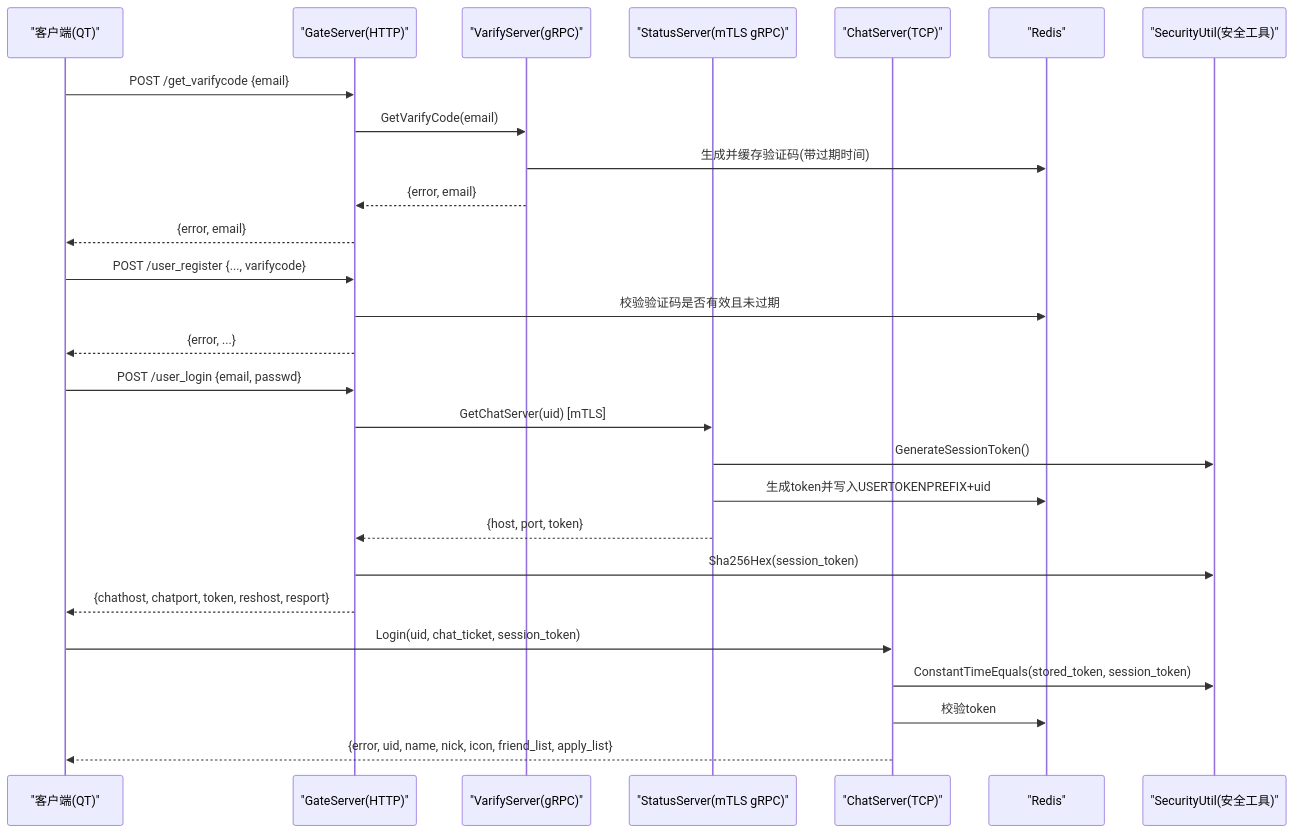
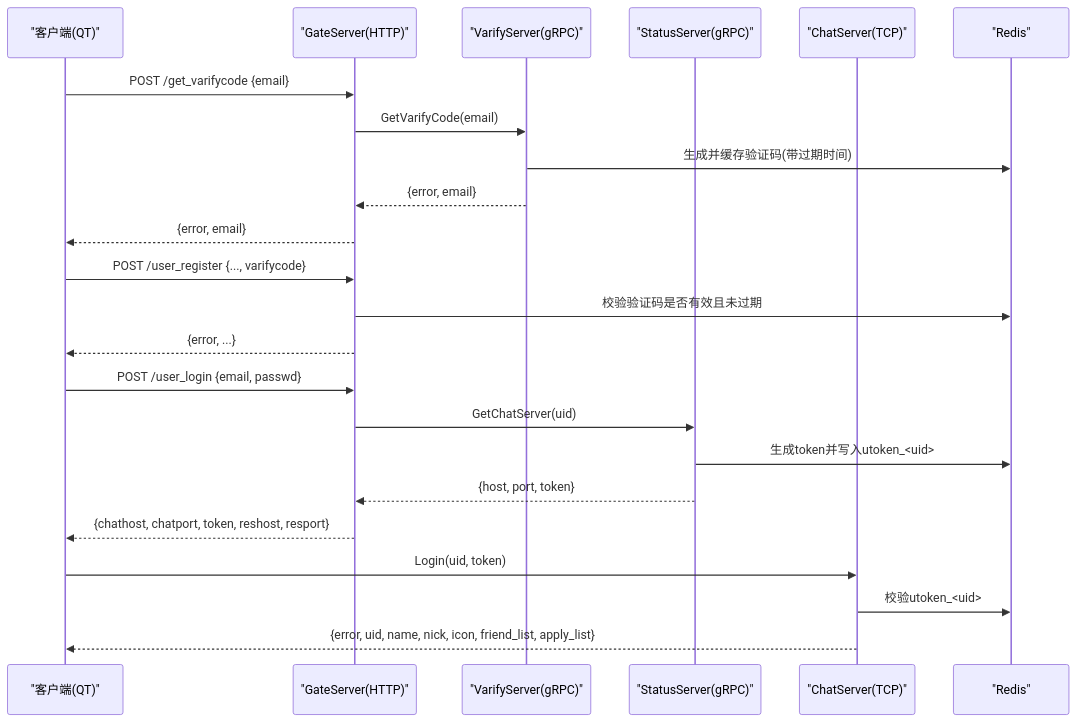
Before and after one commit to echo9923/mychatter: the second of 10 diagrams in .qoder/repowiki/zh/content/安全设计/身份认证系统/身份认证系统.md, drawn with Mermaid. The commit also changed other lines of this file and 58 other files, not shown here.

````diff
--- a/.qoder/repowiki/zh/content/安全设计/身份认证系统/身份认证系统.md
+++ b/.qoder/repowiki/zh/content/安全设计/身份认证系统/身份认证系统.md
@@ -167,29 +162,25 @@
 ```mermaid
 sequenceDiagram
 participant Client as "客户端(QT)"
 participant Gate as "GateServer(HTTP)"
 participant Verify as "VarifyServer(gRPC)"
-participant Status as "StatusServer(mTLS gRPC)"
+participant Status as "StatusServer(gRPC)"
 participant Chat as "ChatServer(TCP)"
 participant Redis as "Redis"
-participant SecUtil as "SecurityUtil(安全工具)"
 Client->>Gate : POST /get_varifycode {email}
 Gate->>Verify : GetVarifyCode(email)
 Verify->>Redis : 生成并缓存验证码(带过期时间)
 Verify-->>Gate : {error, email}
 Gate-->>Client : {error, email}
 Client->>Gate : POST /user_register {..., varifycode}
 Gate->>Redis : 校验验证码是否有效且未过期
 Gate-->>Client : {error, ...}
 Client->>Gate : POST /user_login {email, passwd}
-Gate->>Status : GetChatServer(uid) [mTLS]
-Status->>SecUtil : GenerateSessionToken()
-Status->>Redis : 生成token并写入USERTOKENPREFIX+uid
+Gate->>Status : GetChatServer(uid)
+Status->>Redis : 生成token并写入utoken_<uid>
 Status-->>Gate : {host, port, token}
-Gate->>SecUtil : Sha256Hex(session_token)
 Gate-->>Client : {chathost, chatport, token, reshost, resport}
-Client->>Chat : Login(uid, chat_ticket, session_token)
-Chat->>SecUtil : ConstantTimeEquals(stored_token, session_token)
-Chat->>Redis : 校验token
+Client->>Chat : Login(uid, token)
+Chat->>Redis : 校验utoken_<uid>
 Chat-->>Client : {error, uid, name, nick, icon, friend_list, apply_list}
 ```
````
